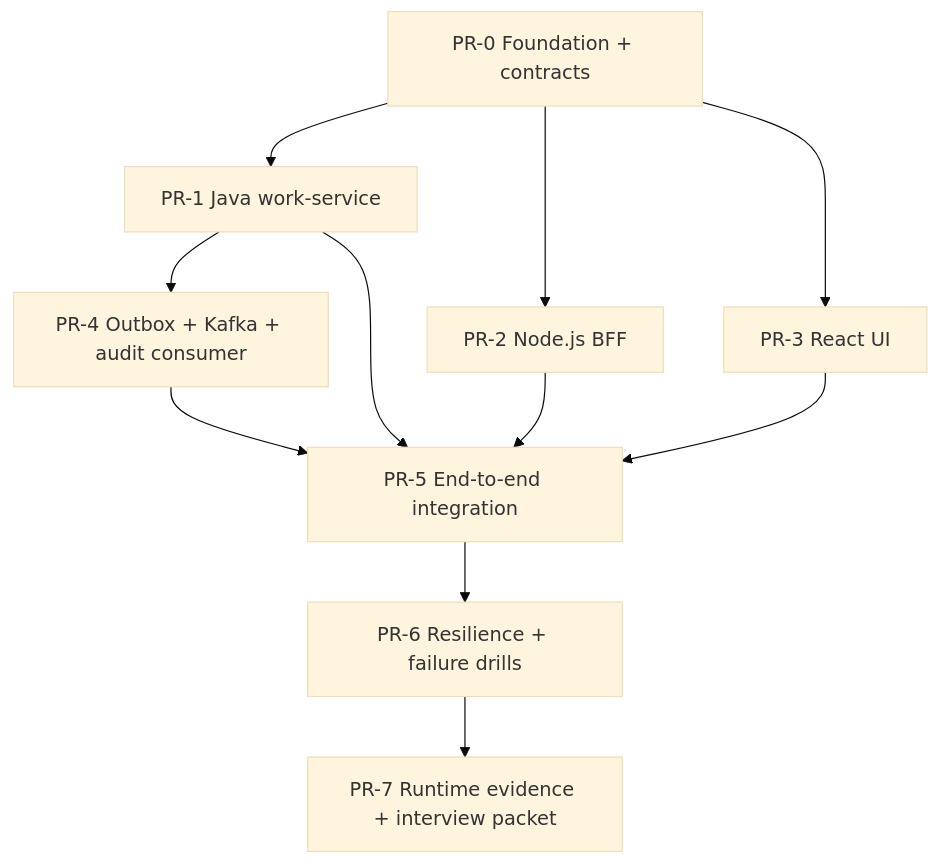
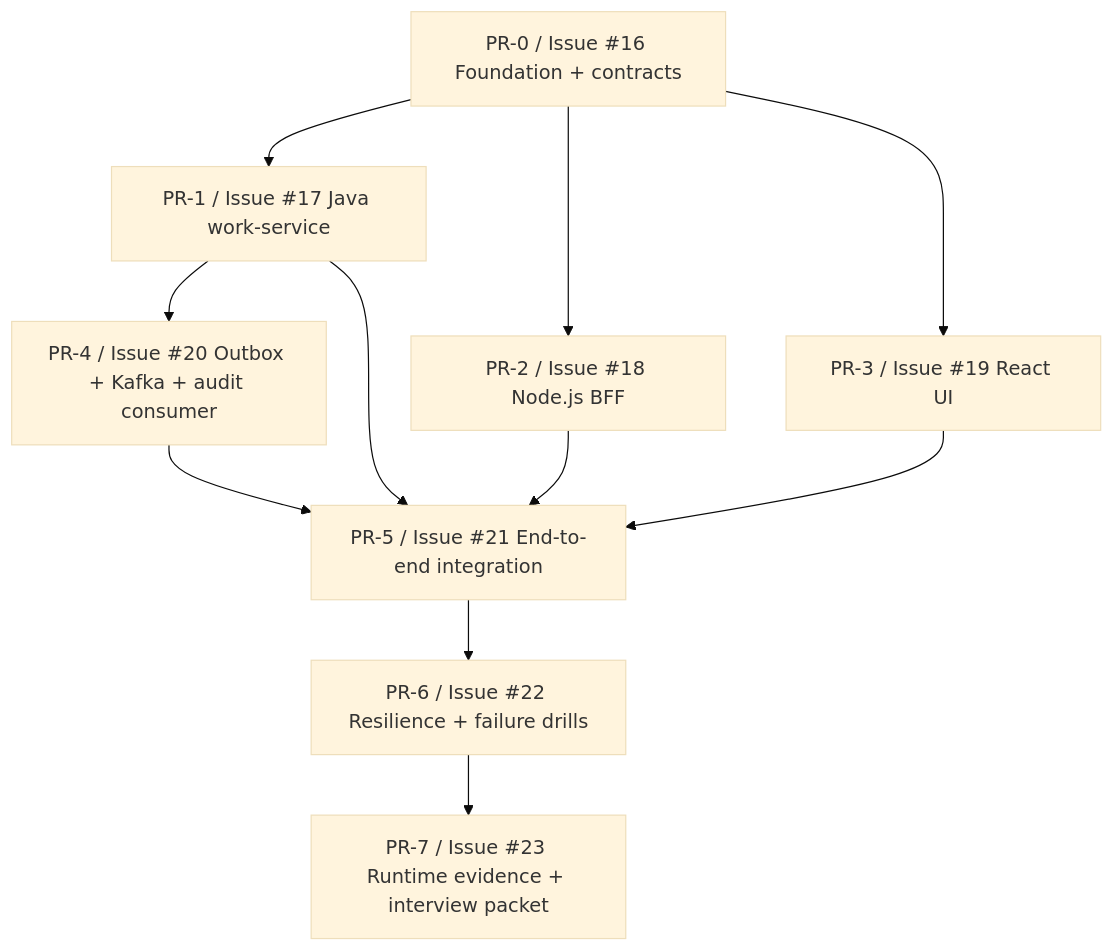
Before and after one commit to ed3c/Full-Stack-Notes: the diagram in docs/stacked-prs/README.md, drawn with Mermaid (base theme). The commit also changed other lines of this file, not shown here.

````diff
--- a/docs/stacked-prs/README.md
+++ b/docs/stacked-prs/README.md
@@ -7,22 +7,22 @@
 ```mermaid
 flowchart TD
-    P0[PR-0 Foundation + contracts]
-    P1[PR-1 Java work-service]
-    P2[PR-2 Node.js BFF]
-    P3[PR-3 React UI]
-    P4[PR-4 Outbox + Kafka + audit consumer]
-    P5[PR-5 End-to-end integration]
-    P6[PR-6 Resilience + failure drills]
-    P7[PR-7 Runtime evidence + interview packet]
+    P0[PR-0 / Issue #16 Foundation + contracts]
+    P1[PR-1 / Issue #17 Java work-service]
+    P2[PR-2 / Issue #18 Node.js BFF]
+    P3[PR-3 / Issue #19 React UI]
+    P4[PR-4 / Issue #20 Outbox + Kafka + audit consumer]
+    P5[PR-5 / Issue #21 End-to-end integration]
+    P6[PR-6 / Issue #22 Resilience + failure drills]
+    P7[PR-7 / Issue #23 Runtime evidence + interview packet]
 
     P0 --> P1
     P0 --> P2
     P0 --> P3
     P1 --> P4
     P1 --> P5
     P2 --> P5
     P3 --> P5
     P4 --> P5
     P5 --> P6
     P6 --> P7
 ```
````
